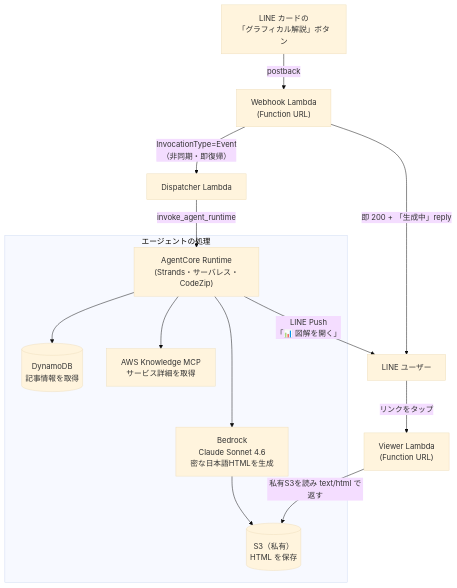
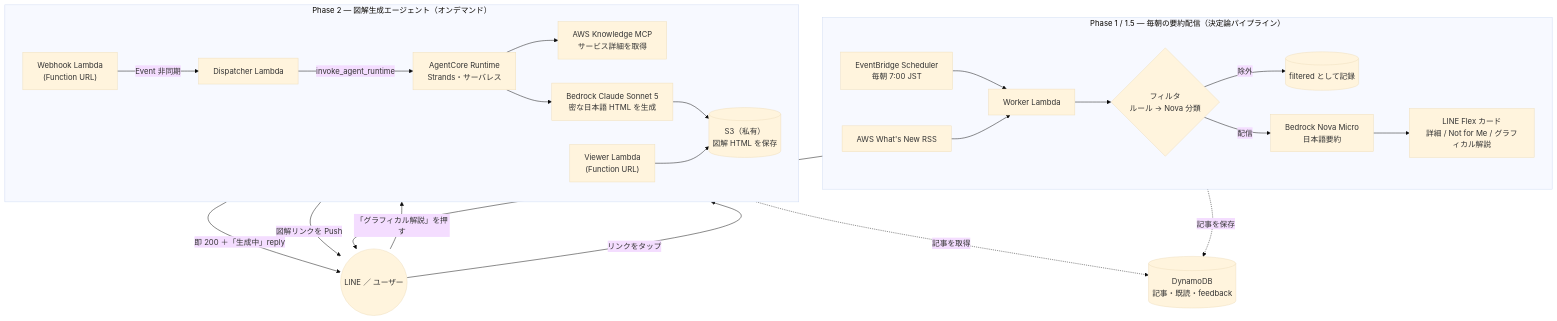
Before and after one commit to tetutetu214/aws-whatsnew-agent: the diagram in README.md, drawn with Mermaid (base theme). The commit also changed other lines of this file, not shown here.

Commit message:
docs(readme): Phase1+2 を1枚の統合構成図に、モデル表記を Sonnet 5 に更新
- 2枚の Mermaid を統合: Phase1(毎朝配信)のカードの「グラフィカル解説」ボタンが
  Phase2(図解エージェント)を起動する連結を1枚で表現。DynamoDB/LINE を両フェーズで共有
- 図解モデル表記を Claude Sonnet 4.6 → Claude Sonnet 5 に（切替方針を反映）
- 要点に「差分6割・背景4割」「webhook署名検証」を追記

````diff
--- a/README.md
+++ b/README.md
@@ -27,18 +14,34 @@
 ```mermaid
-flowchart TD
-  BTN["LINE カードの<br/>「グラフィカル解説」ボタン"] -->|postback| WH["Webhook Lambda<br/>(Function URL)"]
-  WH -->|即 200 + 「生成中」reply| USER["LINE ユーザー"]
-  WH -->|InvocationType=Event<br/>（非同期・即復帰）| DIS["Dispatcher Lambda"]
-  DIS -->|invoke_agent_runtime| AC["AgentCore Runtime<br/>(Strands・サーバレス・CodeZip)"]
-
-  subgraph AGENT["エージェントの処理"]
-    AC --> D1[("DynamoDB<br/>記事情報を取得")]
-    AC --> MCP["AWS Knowledge MCP<br/>サービス詳細を取得"]
-    AC --> CLA["Bedrock<br/>Claude Sonnet 4.6<br/>密な日本語HTMLを生成"]
-    CLA --> S3[("S3（私有）<br/>HTML を保存")]
+flowchart TB
+  subgraph P1["Phase 1 / 1.5 ― 毎朝の要約配信（決定論パイプライン）"]
+    direction LR
+    SCH["EventBridge Scheduler<br/>毎朝 7:00 JST"] --> W["Worker Lambda"]
+    RSS["AWS What's New RSS"] --> W
+    W --> FIL{"フィルタ<br/>ルール → Nova 分類"}
+    FIL -->|除外| FLT[("filtered として記録")]
+    FIL -->|配信| SUM["Bedrock Nova Micro<br/>日本語要約"]
+    SUM --> CARD["LINE Flex カード<br/>詳細 / Not for Me / グラフィカル解説"]
   end
 
-  AC -->|LINE Push<br/>「📊 図解を開く」| USER
-  USER -->|リンクをタップ| VIEW["Viewer Lambda<br/>(Function URL)"]
-  VIEW -->|私有S3を読み text/html で返す| S3
+  DDB[("DynamoDB<br/>記事・既読・feedback")]
+  LINE(("LINE ／ ユーザー"))
+
+  W -. 記事を保存 .-> DDB
+  CARD --> LINE
+  LINE -->|「グラフィカル解説」を押す| WH
+
+  subgraph P2["Phase 2 ― 図解生成エージェント（オンデマンド）"]
+    direction LR
+    WH["Webhook Lambda<br/>(Function URL)"] -->|Event 非同期| DIS["Dispatcher Lambda"]
+    DIS -->|invoke_agent_runtime| AC["AgentCore Runtime<br/>Strands・サーバレス"]
+    AC --> MCP["AWS Knowledge MCP<br/>サービス詳細を取得"]
+    AC --> CLA["Bedrock Claude Sonnet 5<br/>密な日本語 HTML を生成"]
+    CLA --> S3[("S3（私有）<br/>図解 HTML を保存")]
+    VIEW["Viewer Lambda<br/>(Function URL)"] --> S3
+  end
+
+  WH -->|即 200 ＋「生成中」reply| LINE
+  AC -. 記事を取得 .-> DDB
+  AC -->|図解リンクを Push| LINE
+  LINE -->|リンクをタップ| VIEW
 ```
````
